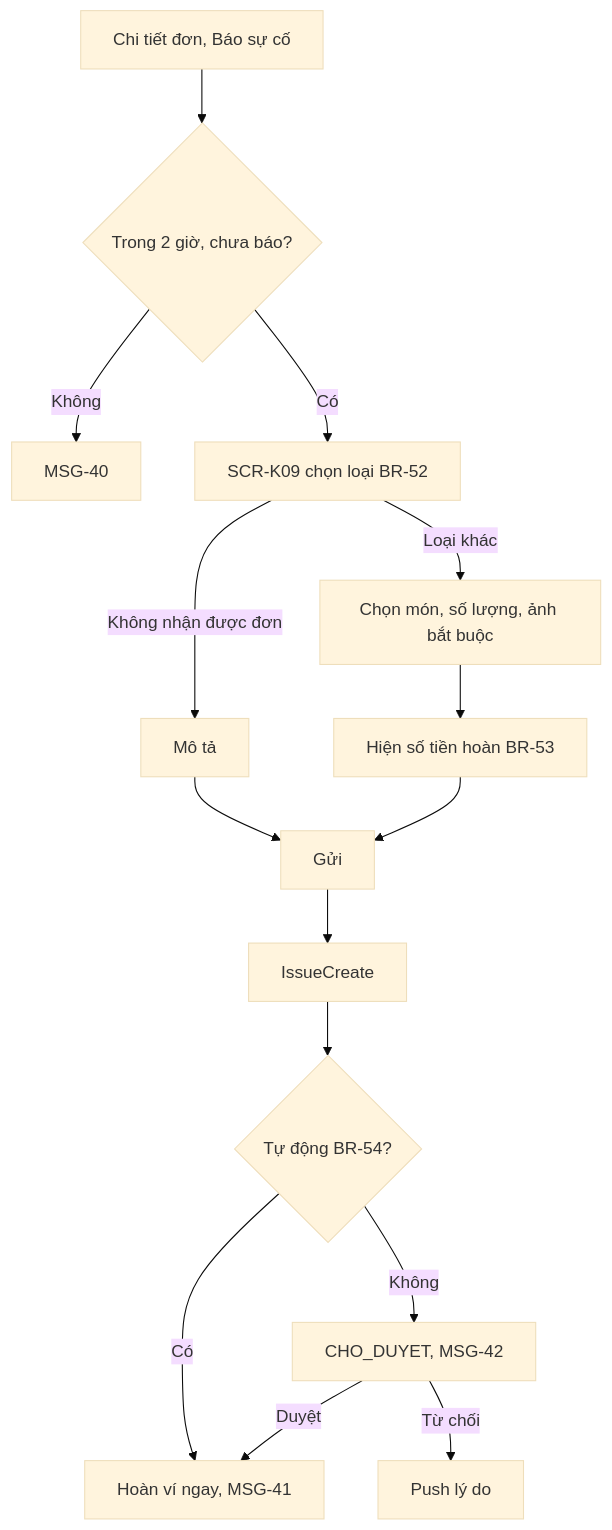
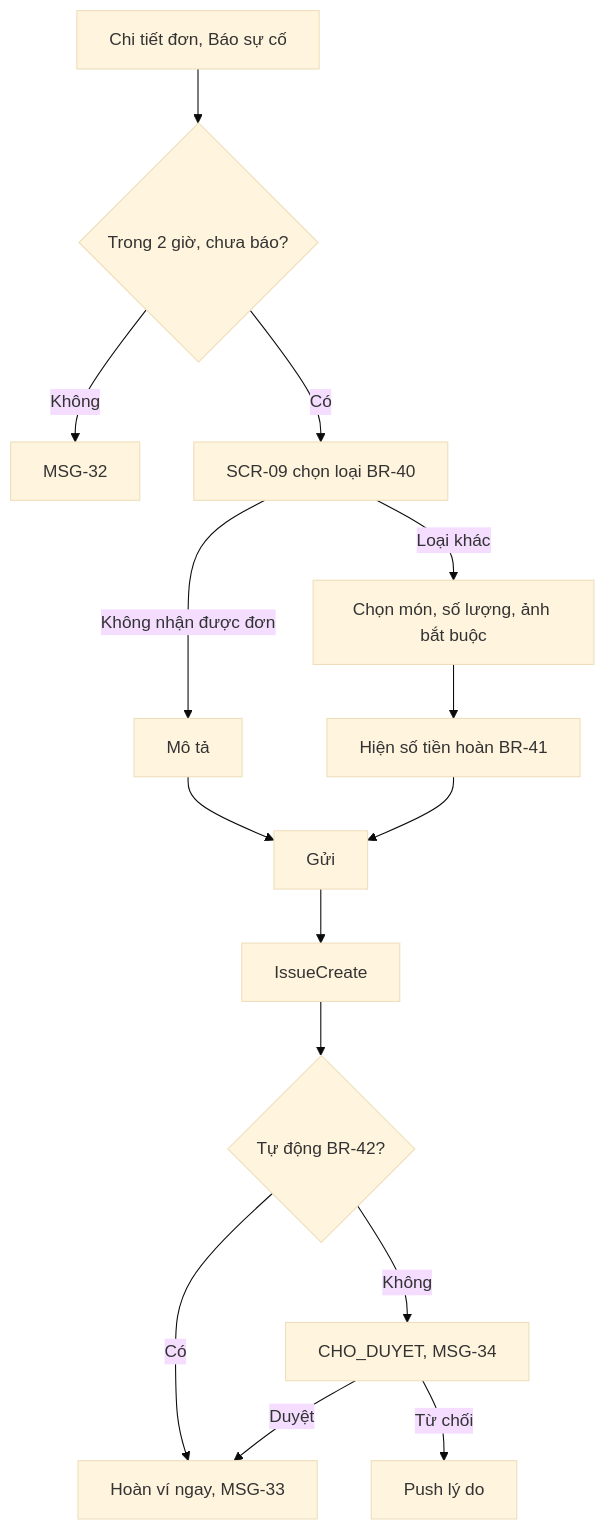
One commit to uxfoundation-vn/de06-dat-ship-do-an changed diagram 11 of 15 in docs/SRS.md. Above: the diagram before and after it, drawn with Mermaid (base theme). The commit also changed other lines of this file and 2 other files, not shown here.

````diff
--- a/docs/SRS.md
+++ b/docs/SRS.md
@@ -833,17 +609,17 @@
 ```mermaid
 flowchart TD
   A["Chi tiết đơn, Báo sự cố"] --> B{"Trong 2 giờ, chưa báo?"}
-  B -->|Không| B1["MSG-40"]
-  B -->|Có| C["SCR-K09 chọn loại BR-52"]
+  B -->|Không| B1["MSG-32"]
+  B -->|Có| C["SCR-09 chọn loại BR-40"]
   C -->|Không nhận được đơn| D["Mô tả"]
   C -->|Loại khác| E["Chọn món, số lượng, ảnh bắt buộc"]
-  E --> F["Hiện số tiền hoàn BR-53"]
+  E --> F["Hiện số tiền hoàn BR-41"]
   D --> G["Gửi"]
   F --> G
   G --> H["IssueCreate"]
-  H --> I{"Tự động BR-54?"}
-  I -->|Có| J["Hoàn ví ngay, MSG-41"]
-  I -->|Không| K["CHO_DUYET, MSG-42"]
+  H --> I{"Tự động BR-42?"}
+  I -->|Có| J["Hoàn ví ngay, MSG-33"]
+  I -->|Không| K["CHO_DUYET, MSG-34"]
   K -->|Duyệt| J
   K -->|Từ chối| L["Push lý do"]
 ```
````
